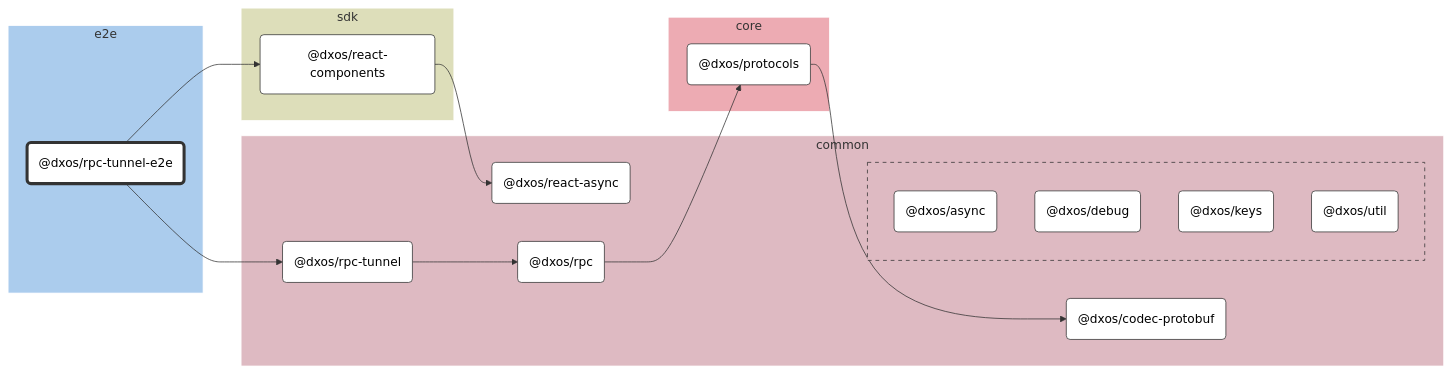
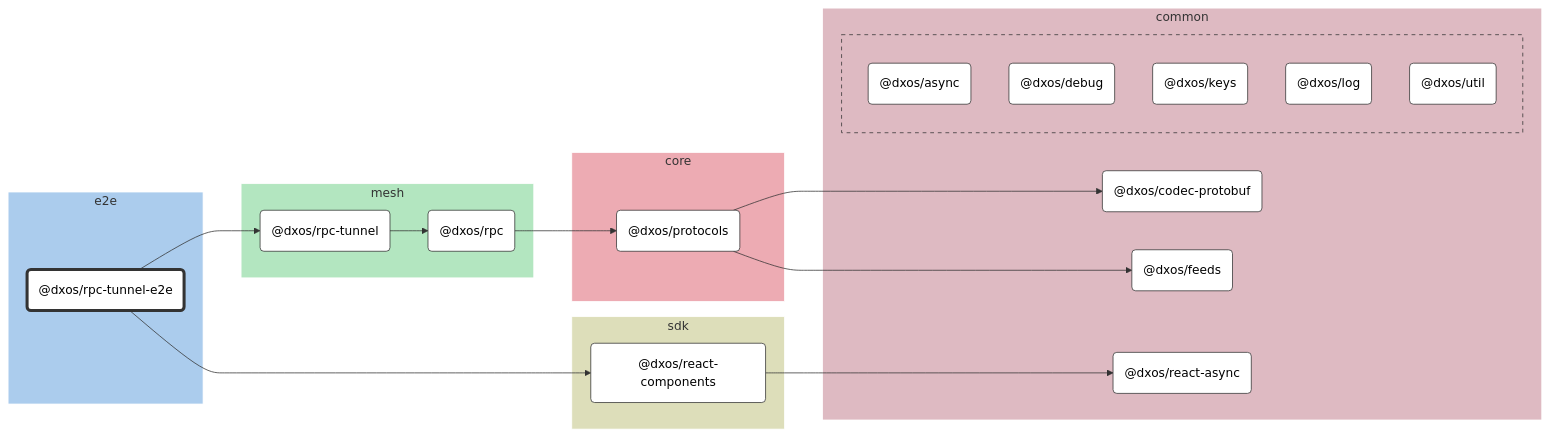
Before and after one commit to dxos/dxos: the diagram in packages/e2e/rpc-tunnel/docs/README.md, drawn with Mermaid (neutral theme). The commit also changed other lines of this file and 64 other files, not shown here.

````diff
--- a/packages/e2e/rpc-tunnel/docs/README.md
+++ b/packages/e2e/rpc-tunnel/docs/README.md
@@ -7,62 +7,71 @@
 ```mermaid
 %%{ init: {'flowchart':{'curve':'basis'}} }%%
 
 flowchart LR
 
 %% Classes
 classDef def fill:#fff,stroke:#333,stroke-width:1px
 classDef root fill:#fff,stroke:#333,stroke-width:4px
 
 %% Nodes
 
 subgraph e2e [e2e]
   style e2e fill:#abcced,stroke:#fff
   dxos/rpc-tunnel-e2e("@dxos/rpc-tunnel-e2e"):::root
   click dxos/rpc-tunnel-e2e "dxos/dxos/tree/main/packages/e2e/rpc-tunnel/docs"
 end
 
 subgraph common [common]
   style common fill:#debac2,stroke:#fff
   dxos/codec-protobuf("@dxos/codec-protobuf"):::def
   click dxos/codec-protobuf "dxos/dxos/tree/main/packages/common/codec-protobuf/docs"
+  dxos/feeds("@dxos/feeds"):::def
+  click dxos/feeds "dxos/dxos/tree/main/packages/common/feeds/docs"
   dxos/react-async("@dxos/react-async"):::def
   click dxos/react-async "dxos/dxos/tree/main/packages/common/react-async/docs"
-  dxos/rpc("@dxos/rpc"):::def
-  click dxos/rpc "dxos/dxos/tree/main/packages/core/mesh/rpc/docs"
-  dxos/rpc-tunnel("@dxos/rpc-tunnel"):::def
-  click dxos/rpc-tunnel "dxos/dxos/tree/main/packages/core/mesh/rpc-tunnel/docs"
 
   subgraph common-excluded [ ]
     style common-excluded fill:#debac2,stroke:#333,stroke-dasharray:5 5
     dxos/async("@dxos/async"):::def
     click dxos/async "dxos/dxos/tree/main/packages/common/async/docs"
     dxos/debug("@dxos/debug"):::def
     click dxos/debug "dxos/dxos/tree/main/packages/common/debug/docs"
     dxos/keys("@dxos/keys"):::def
     click dxos/keys "dxos/dxos/tree/main/packages/common/keys/docs"
+    dxos/log("@dxos/log"):::def
+    click dxos/log "dxos/dxos/tree/main/packages/common/log/docs"
     dxos/util("@dxos/util"):::def
     click dxos/util "dxos/dxos/tree/main/packages/common/util/docs"
   end
 end
 
 subgraph core [core]
   style core fill:#edabb3,stroke:#fff
   dxos/protocols("@dxos/protocols"):::def
   click dxos/protocols "dxos/dxos/tree/main/packages/core/protocols/docs"
 end
 
 subgraph sdk [sdk]
   style sdk fill:#dddeba,stroke:#fff
   dxos/react-components("@dxos/react-components"):::def
   click dxos/react-components "dxos/dxos/tree/main/packages/sdk/react-components/docs"
 end
 
+subgraph mesh [mesh]
+  style mesh fill:#b3e6c0,stroke:#fff
+  dxos/rpc("@dxos/rpc"):::def
+  click dxos/rpc "dxos/dxos/tree/main/packages/core/mesh/rpc/docs"
+  dxos/rpc-tunnel("@dxos/rpc-tunnel"):::def
+  click dxos/rpc-tunnel "dxos/dxos/tree/main/packages/core/mesh/rpc-tunnel/docs"
+end
+
 %% Links
 linkStyle default stroke:#333,stroke-width:1px
 dxos/protocols --> dxos/codec-protobuf
+dxos/protocols --> dxos/feeds
 dxos/rpc-tunnel-e2e --> dxos/react-components
 dxos/react-components --> dxos/react-async
 dxos/rpc --> dxos/protocols
 dxos/rpc-tunnel-e2e --> dxos/rpc-tunnel
 dxos/rpc-tunnel --> dxos/rpc
 ```
````
